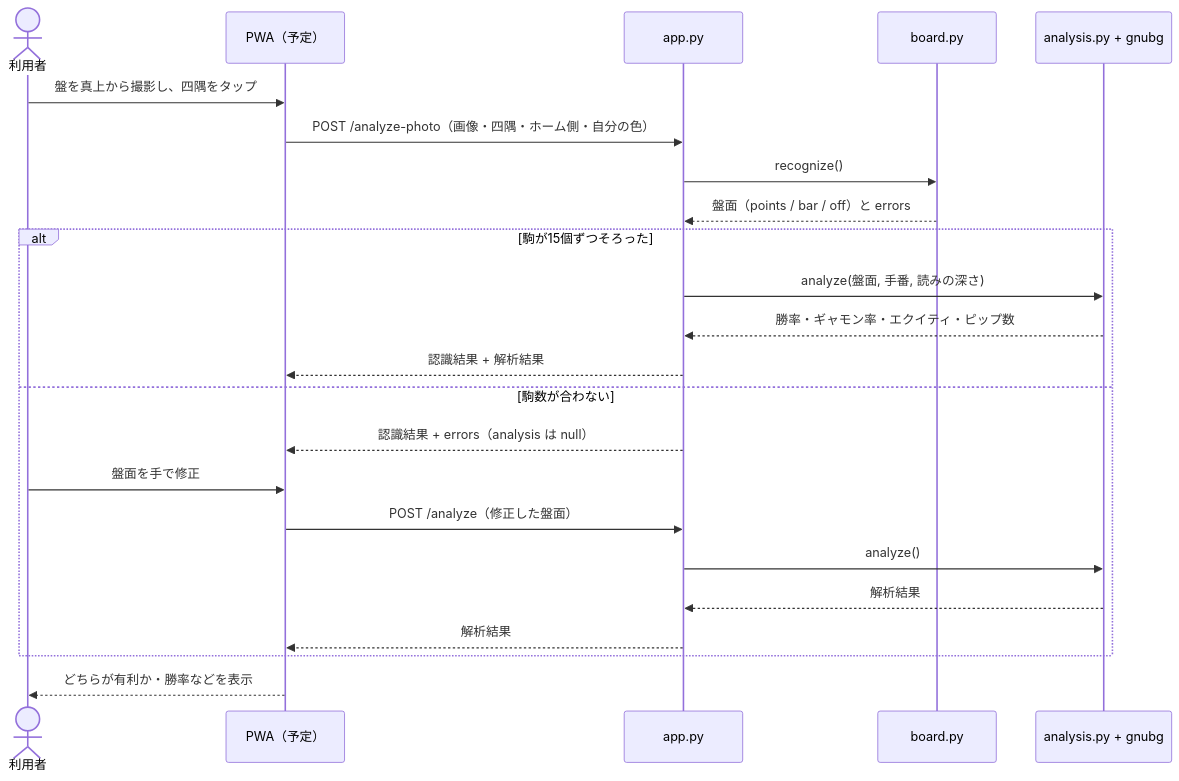
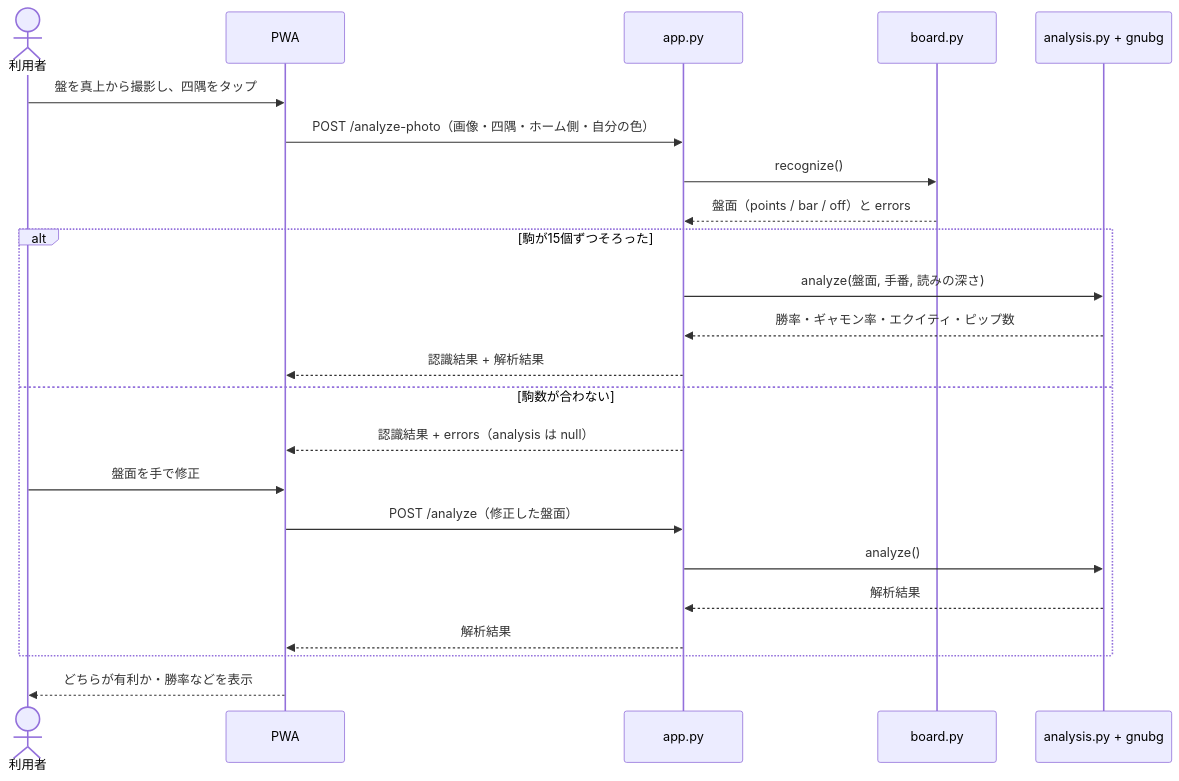
One commit to ytani01/bganalyzer changed the third of 5 diagrams in README.md. Above: the diagram before and after it, drawn with Mermaid. The commit also changed other lines of this file and 15 other files, not shown here.

````diff
--- a/README.md
+++ b/README.md
@@ -83,26 +83,26 @@
 ```mermaid
 sequenceDiagram
     actor U as 利用者
-    participant P as PWA（予定）
+    participant P as PWA
     participant A as app.py
     participant R as board.py
     participant G as analysis.py + gnubg
 
     U->>P: 盤を真上から撮影し、四隅をタップ
     P->>A: POST /analyze-photo（画像・四隅・ホーム側・自分の色）
     A->>R: recognize()
     R-->>A: 盤面（points / bar / off）と errors
     alt 駒が15個ずつそろった
         A->>G: analyze(盤面, 手番, 読みの深さ)
         G-->>A: 勝率・ギャモン率・エクイティ・ピップ数
         A-->>P: 認識結果 + 解析結果
     else 駒数が合わない
         A-->>P: 認識結果 + errors（analysis は null）
         U->>P: 盤面を手で修正
         P->>A: POST /analyze（修正した盤面）
         A->>G: analyze()
         G-->>A: 解析結果
         A-->>P: 解析結果
     end
     P-->>U: どちらが有利か・勝率などを表示
 ```
````
